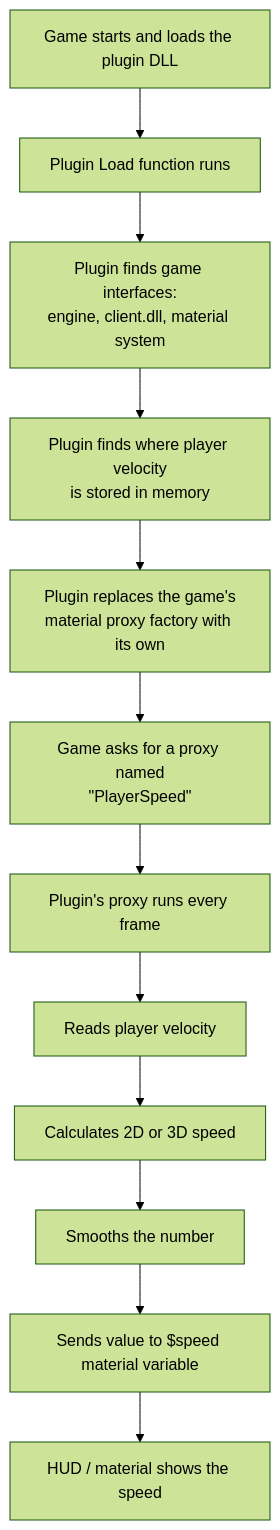
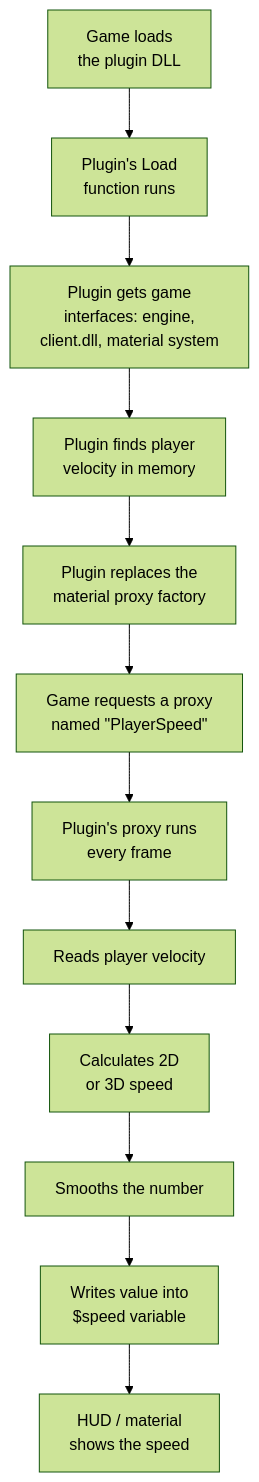
The diagram in ARCHITECTURE.md (sjrtp/l4d2_2dvel), drawn with Mermaid (forest theme) before and after one commit.

Commit message:
Fix: flowchart labels getting clipped

````diff
--- a/ARCHITECTURE.md
+++ b/ARCHITECTURE.md
@@ -9,14 +9,14 @@
 ```mermaid
 flowchart TD
-    A[Game starts and loads the plugin DLL] --> B[Plugin Load function runs]
-    B --> C[Plugin finds game interfaces:<br/>engine, client.dll, material system]
-    C --> D[Plugin finds where player velocity<br/>is stored in memory]
-    D --> E[Plugin replaces the game's<br/>material proxy factory with its own]
-    E --> F[Game asks for a proxy named<br/>&quot;PlayerSpeed&quot;]
-    F --> G[Plugin's proxy runs every frame]
+    A[Game loads<br/>the plugin DLL] --> B[Plugin's Load<br/>function runs]
+    B --> C[Plugin gets game<br/>interfaces: engine,<br/>client.dll, material system]
+    C --> D[Plugin finds player<br/>velocity in memory]
+    D --> E[Plugin replaces the<br/>material proxy factory]
+    E --> F[Game requests a proxy<br/>named &quot;PlayerSpeed&quot;]
+    F --> G[Plugin's proxy runs<br/>every frame]
     G --> H[Reads player velocity]
-    H --> I[Calculates 2D or 3D speed]
+    H --> I[Calculates 2D<br/>or 3D speed]
     I --> J[Smooths the number]
-    J --> K[Sends value to $speed material variable]
-    K --> L[HUD / material shows the speed]
+    J --> K[Writes value into<br/>$speed variable]
+    K --> L[HUD / material<br/>shows the speed]
 ```
````
